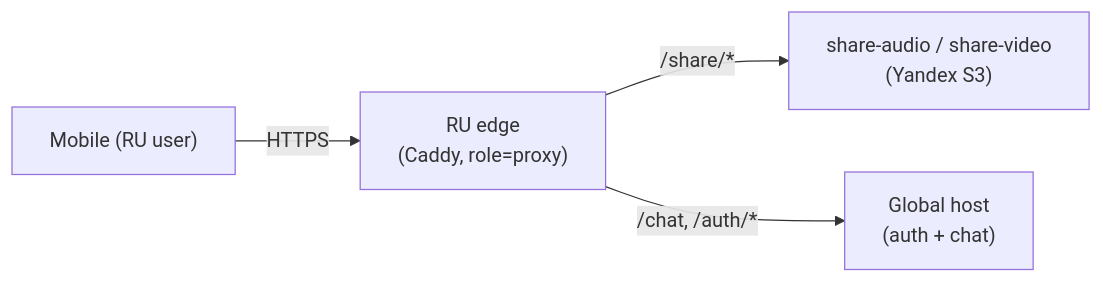
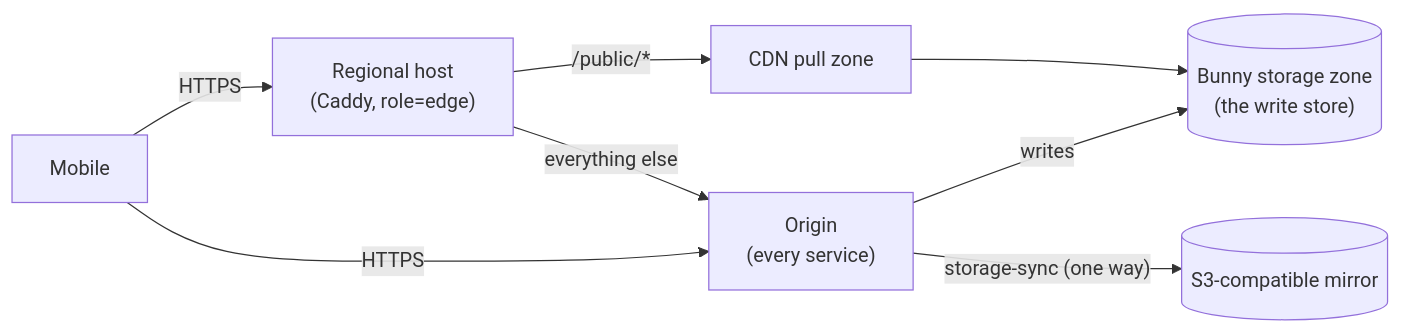
The diagram in infra/app/README.md (jiva-studio/shruti), drawn with Mermaid before and after one commit. The commit also changed other lines of this file and 17 other files, not shown here.

First line of the commit message:
feat(infra): retire the proxy role

````diff
--- a/infra/app/README.md
+++ b/infra/app/README.md
@@ -64,11 +51,17 @@
 ```mermaid
 flowchart LR
-    Mobile["Mobile (RU user)"]
-    RUCaddy["RU edge<br/>(Caddy, role=proxy)"]
-    ShareLocal["share-audio / share-video<br/>(Yandex S3)"]
-    Global["Global host<br/>(auth + chat)"]
+    Mobile["Mobile"]
+    Edge["Regional host<br/>(Caddy, role=edge)"]
+    Origin["Origin<br/>(every service)"]
+    CDN["CDN pull zone"]
+    Store[("Bunny storage zone<br/>(the write store)")]
+    Mirror[("S3-compatible mirror")]
 
-    Mobile -->|HTTPS| RUCaddy
-    RUCaddy -->|"/share/*"| ShareLocal
-    RUCaddy -->|"/chat, /auth/*"| Global
+    Mobile -->|HTTPS| Edge
+    Mobile -->|HTTPS| Origin
+    Edge -->|"/public/*"| CDN
+    Edge -->|"everything else"| Origin
+    Origin -->|writes| Store
+    CDN --> Store
+    Origin -->|"storage-sync (one way)"| Mirror
 ```
````
